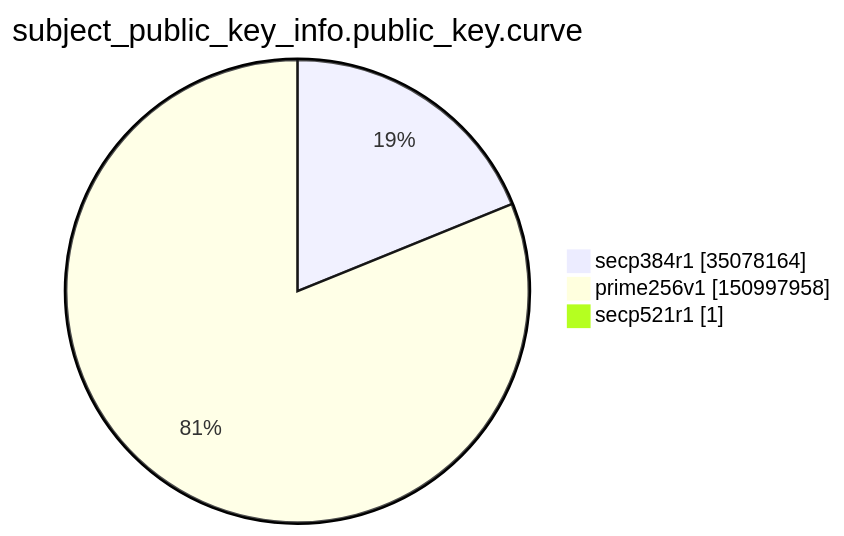
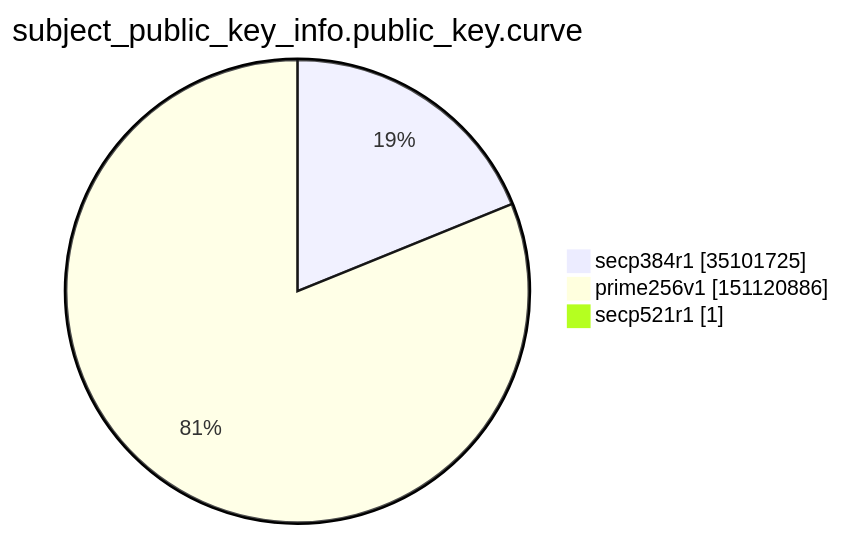
One commit to christiankrug/ctmonitor_visualization changed the ninth of 15 diagrams in argon2022/README.md. Above: the diagram before and after it, drawn with Mermaid. The commit also changed other lines of this file, not shown here.

````diff
--- a/argon2022/README.md
+++ b/argon2022/README.md
@@ -2765,7 +2765,7 @@
 ```mermaid
 pie showData
 title subject_public_key_info.public_key.curve
-"secp384r1" :35078164
-"prime256v1" :150997958
+"secp384r1" :35101725
+"prime256v1" :151120886
 "secp521r1" :1
 ```
````
